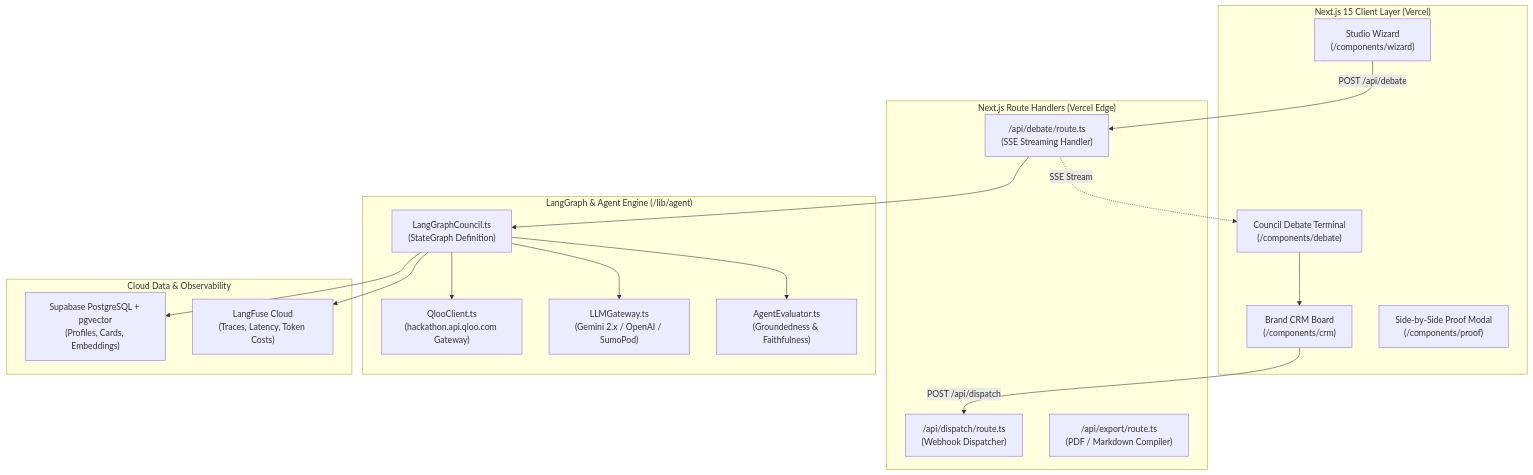
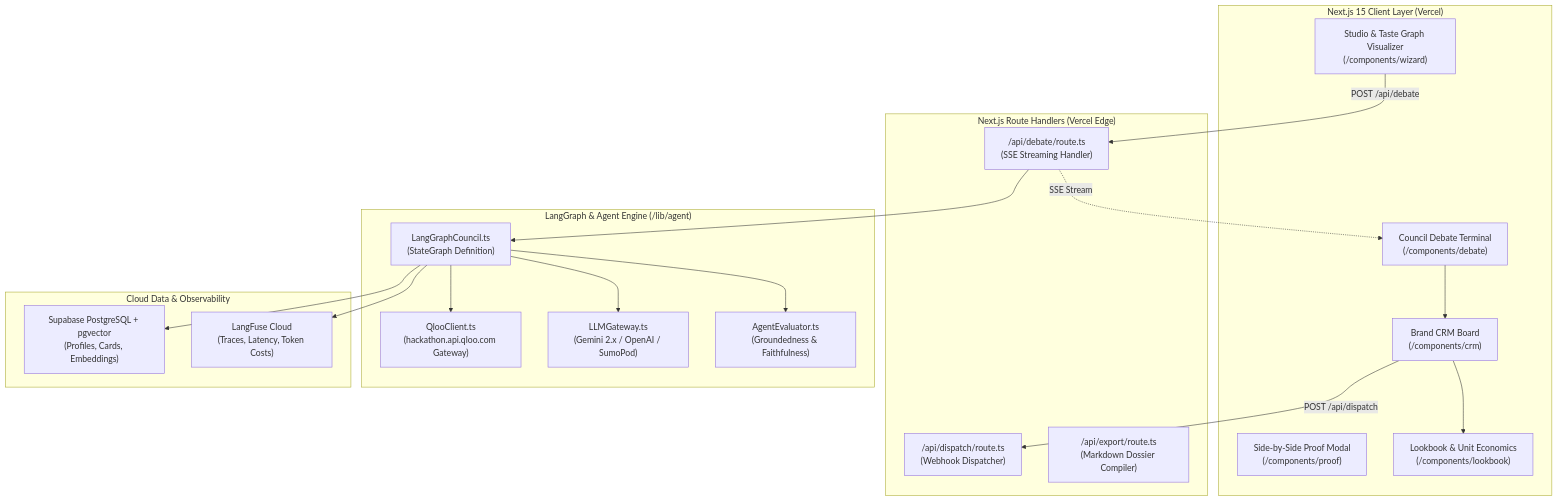
One commit to masbroustudio/VenturePulse changed the third of 3 diagrams in docs/ARCHITECTURE.md. Above: the diagram before and after it, drawn with Mermaid. The commit also changed other lines of this file and 16 other files, not shown here.

````diff
--- a/docs/ARCHITECTURE.md
+++ b/docs/ARCHITECTURE.md
@@ -102,38 +110,40 @@
 ```mermaid
 flowchart TD
     subgraph Client["Next.js 15 Client Layer (Vercel)"]
-        Wizard["Studio Wizard\n(/components/wizard)"]
+        Wizard["Studio & Taste Graph Visualizer\n(/components/wizard)"]
         DebateStreamView["Council Debate Terminal\n(/components/debate)"]
         KanbanBoard["Brand CRM Board\n(/components/crm)"]
         ProofComparison["Side-by-Side Proof Modal\n(/components/proof)"]
+        UnitEconModal["Lookbook & Unit Economics\n(/components/lookbook)"]
     end
 
     subgraph ServerlessEdge["Next.js Route Handlers (Vercel Edge)"]
         DebateRoute["/api/debate/route.ts\n(SSE Streaming Handler)"]
         DispatchRoute["/api/dispatch/route.ts\n(Webhook Dispatcher)"]
-        ExportRoute["/api/export/route.ts\n(PDF / Markdown Compiler)"]
+        ExportRoute["/api/export/route.ts\n(Markdown Dossier Compiler)"]
     end
 
     subgraph Engine["LangGraph & Agent Engine (/lib/agent)"]
         GraphOrchestrator["LangGraphCouncil.ts\n(StateGraph Definition)"]
         QlooClientLib["QlooClient.ts\n(hackathon.api.qloo.com Gateway)"]
         LLMProviderLib["LLMGateway.ts\n(Gemini 2.x / OpenAI / SumoPod)"]
         DeepEvalTester["AgentEvaluator.ts\n(Groundedness & Faithfulness)"]
     end
 
     subgraph DataObservability["Cloud Data & Observability"]
         SupabaseDB["Supabase PostgreSQL + pgvector\n(Profiles, Cards, Embeddings)"]
         LangFuseTrace["LangFuse Cloud\n(Traces, Latency, Token Costs)"]
     end
 
     Wizard -->|POST /api/debate| DebateRoute
     DebateRoute --> GraphOrchestrator
     GraphOrchestrator --> QlooClientLib
     GraphOrchestrator --> LLMProviderLib
     GraphOrchestrator --> DeepEvalTester
     GraphOrchestrator --> SupabaseDB
     GraphOrchestrator --> LangFuseTrace
     DebateRoute -.->|SSE Stream| DebateStreamView
     DebateStreamView --> KanbanBoard
+    KanbanBoard --> UnitEconModal
     KanbanBoard -->|POST /api/dispatch| DispatchRoute
 ```
````
